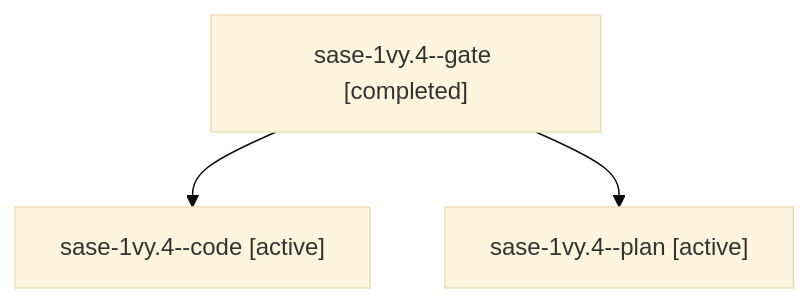
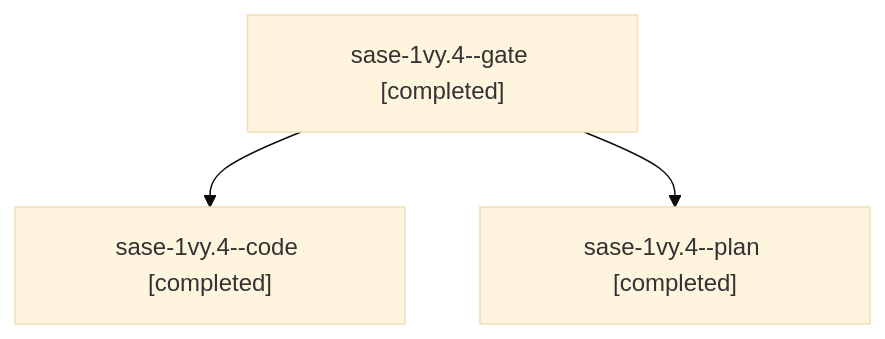
The diagram in sessions/bbugyi200.athena.sase-1vy.4.md (sase-org/sase--agents), drawn with Mermaid (base theme) before and after one commit. The commit also changed other lines of this file and 33 other files, not shown here.

````diff
--- a/sessions/bbugyi200.athena.sase-1vy.4.md
+++ b/sessions/bbugyi200.athena.sase-1vy.4.md
@@ -9,8 +9,8 @@
 ```mermaid
 flowchart TD
   n0["sase-1vy.4--gate [completed]"]
-  n1["sase-1vy.4--code [active]"]
+  n1["sase-1vy.4--code [completed]"]
   n0 --> n1
-  n2["sase-1vy.4--plan [active]"]
+  n2["sase-1vy.4--plan [completed]"]
   n0 --> n2
 ```
````
